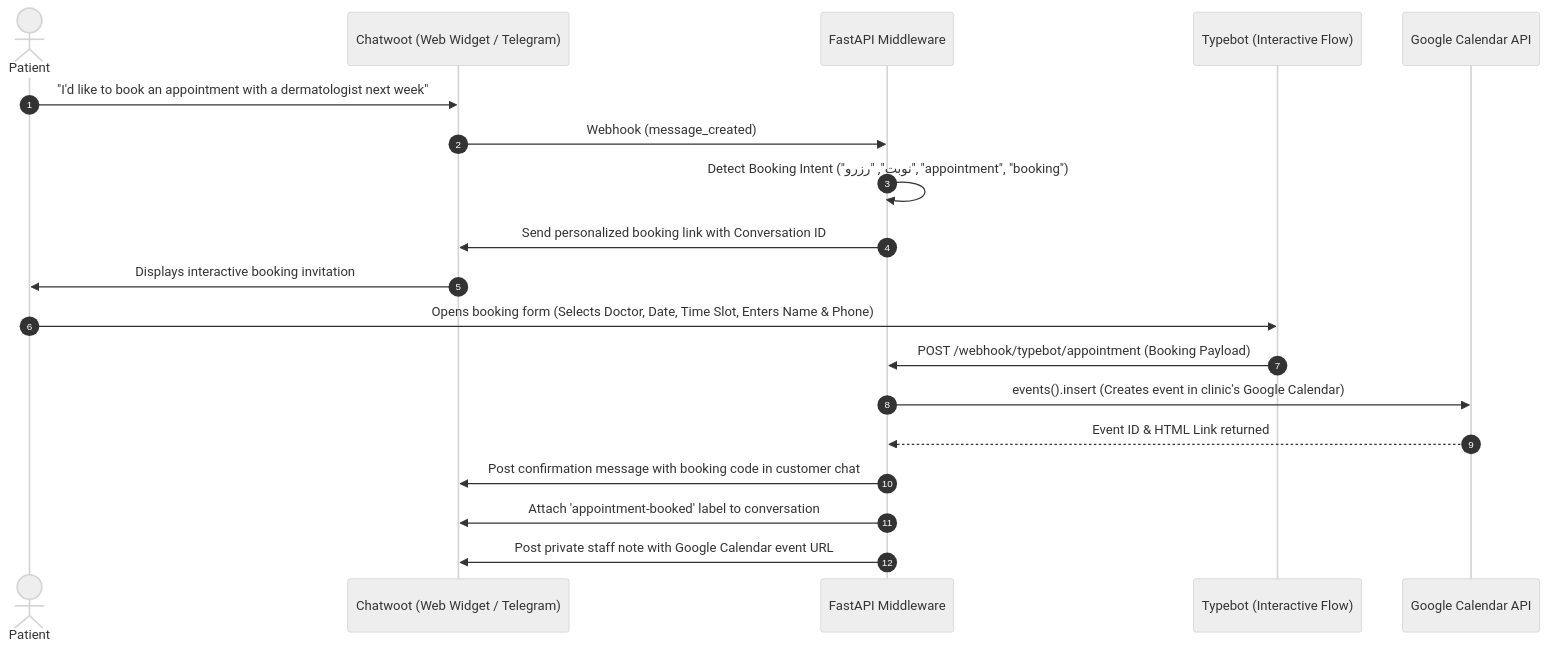
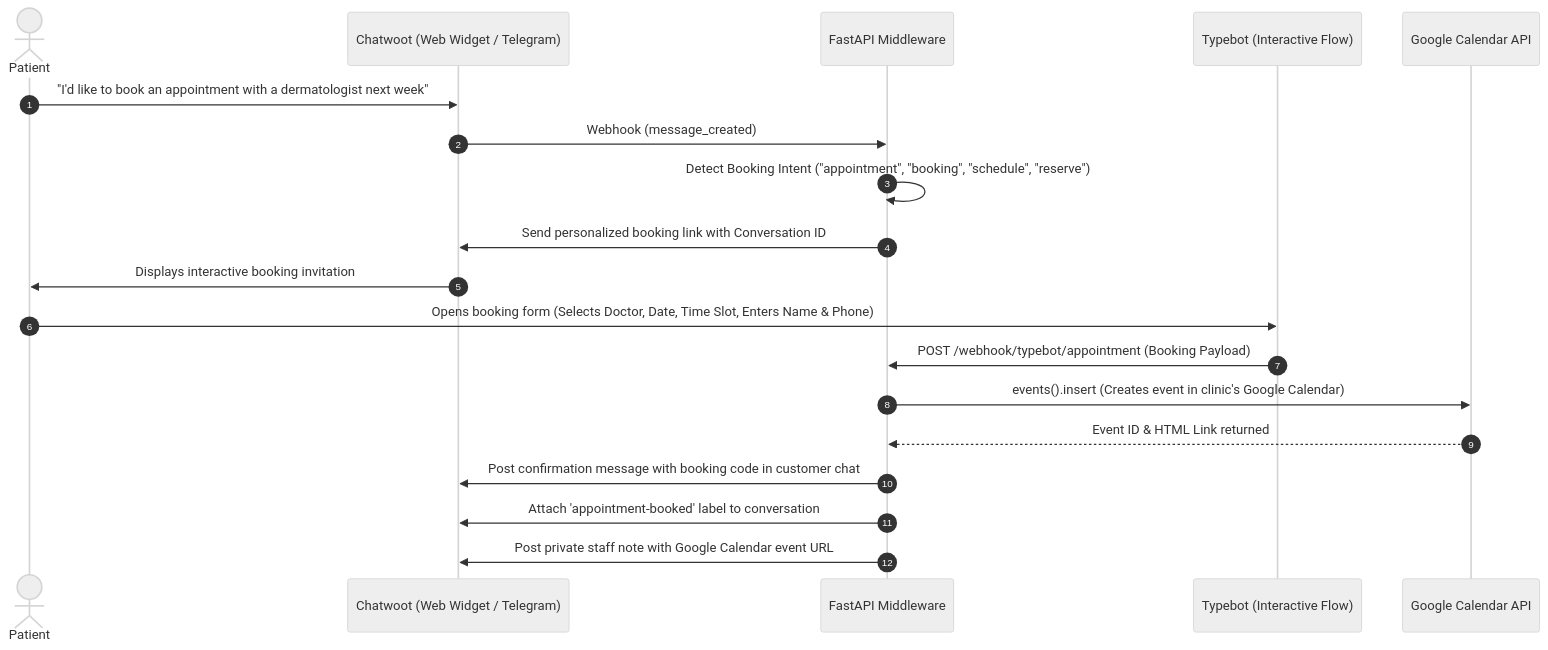
The third of 3 diagrams in README.md (ME0W004/Omnichannel-AI-Customer-Support-Appointment-System-), drawn with Mermaid (neutral theme) before and after one commit. The commit also changed other lines of this file and 9 other files, not shown here.

````diff
--- a/README.md
+++ b/README.md
@@ -129,24 +133,24 @@
 ```mermaid
 sequenceDiagram
     autonumber
     actor User as Patient
     participant CW as Chatwoot (Web Widget / Telegram)
     participant MW as FastAPI Middleware
     participant TB as Typebot (Interactive Flow)
     participant GC as Google Calendar API
 
     User->>CW: "I'd like to book an appointment with a dermatologist next week"
     CW->>MW: Webhook (message_created)
-    MW->>MW: Detect Booking Intent ("نوبت", "رزرو", "appointment", "booking")
+    MW->>MW: Detect Booking Intent ("appointment", "booking", "schedule", "reserve")
     MW->>CW: Send personalized booking link with Conversation ID
     CW->>User: Displays interactive booking invitation
     
     User->>TB: Opens booking form (Selects Doctor, Date, Time Slot, Enters Name & Phone)
     TB->>MW: POST /webhook/typebot/appointment (Booking Payload)
     MW->>GC: events().insert (Creates event in clinic's Google Calendar)
     GC-->>MW: Event ID & HTML Link returned
     
     MW->>CW: Post confirmation message with booking code in customer chat
     MW->>CW: Attach 'appointment-booked' label to conversation
     MW->>CW: Post private staff note with Google Calendar event URL
 ```
````
